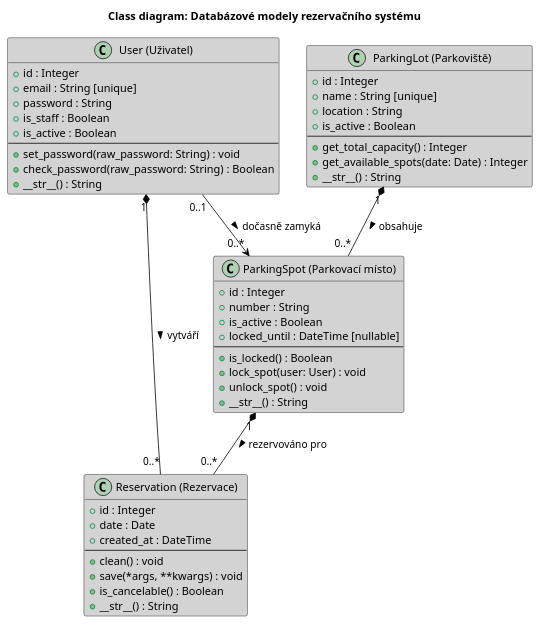
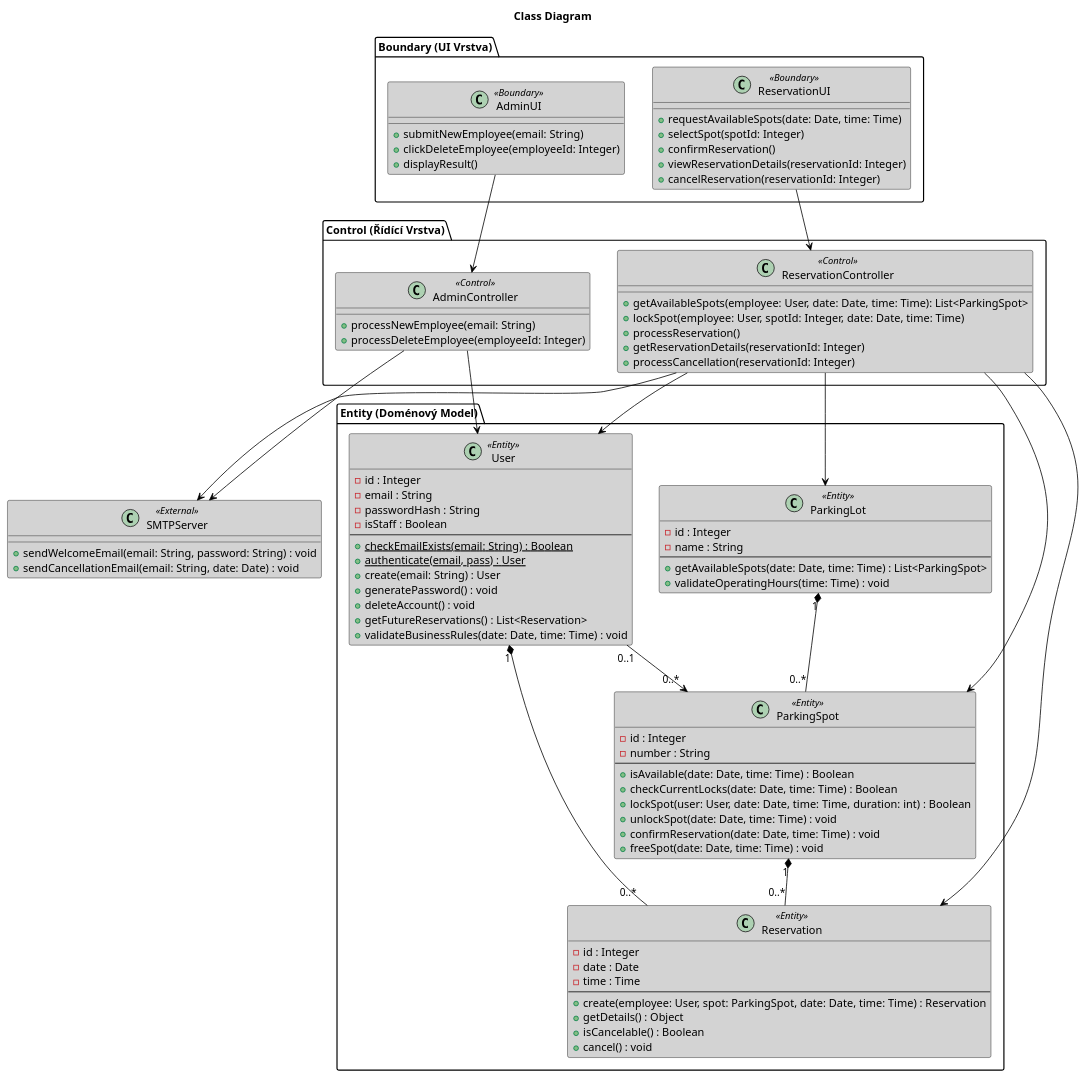
One commit to AidenCze/SWI-Project changed the diagram in docs/diagramy/class.puml. Above: the diagram before and after it, drawn with PlantUML. The commit also changed 7 other files, not shown here.

Commit message:
Refactor sequence diagrams and remove obsolete login diagram

```diff
--- a/docs/diagramy/class.puml
+++ b/docs/diagramy/class.puml
@@ -1,67 +1,114 @@
 @startuml
-title Class diagram: Databázové modely rezervačního systému
+title Class Diagram
 
 skinparam class {
     BackgroundColor LightGray
     ArrowColor Black
     BorderColor Black
 }
 
 hide empty methods
 
-class "User (Uživatel)" as User {
-    + id : Integer
-    + email : String [unique]
-    + password : String
-    + is_staff : Boolean
-    + is_active : Boolean
-    ---
-    + set_password(raw_password: String) : void
-    + check_password(raw_password: String) : Boolean
-    + __str__() : String
+package "Boundary (UI Vrstva)" {
+    class "AdminUI" as AdminUI <<Boundary>> {
+        + submitNewEmployee(email: String)
+        + clickDeleteEmployee(employeeId: Integer)
+        + displayResult()
+    }
+    
+    class "ReservationUI" as ResUI <<Boundary>> {
+        + requestAvailableSpots(date: Date, time: Time)
+        + selectSpot(spotId: Integer)
+        + confirmReservation()
+        + viewReservationDetails(reservationId: Integer)
+        + cancelReservation(reservationId: Integer)
+    }
 }
 
-class "ParkingLot (Parkoviště)" as Lot {
-    + id : Integer
-    + name : String [unique]
-    + location : String
-    + is_active : Boolean
-    ---
-    + get_total_capacity() : Integer
-    + get_available_spots(date: Date) : Integer
-    + __str__() : String
+package "Control (Řídící Vrstva)" {
+    class "AdminController" as AdminCtrl <<Control>> {
+        + processNewEmployee(email: String)
+        + processDeleteEmployee(employeeId: Integer)
+    }
+    
+    class "ReservationController" as ResCtrl <<Control>> {
+        + getAvailableSpots(employee: User, date: Date, time: Time): List<ParkingSpot>
+        + lockSpot(employee: User, spotId: Integer, date: Date, time: Time)
+        + processReservation()
+        + getReservationDetails(reservationId: Integer)
+        + processCancellation(reservationId: Integer)
+    }
 }
 
-class "ParkingSpot (Parkovací místo)" as Spot {
-    + id : Integer
-    + number : String
-    + is_active : Boolean
-    + locked_until : DateTime [nullable]
-    ---
-    + is_locked() : Boolean
-    + lock_spot(user: User) : void
-    + unlock_spot() : void
-    + __str__() : String
+package "Entity (Doménový Model)" {
+    class "User" as User <<Entity>> {
+        - id : Integer
+        - email : String
+        - passwordHash : String
+        - isStaff : Boolean
+        ---
+        + {static} checkEmailExists(email: String) : Boolean
+        + {static} authenticate(email, pass) : User
+        + create(email: String) : User
+        + generatePassword() : void
+        + deleteAccount() : void
+        + getFutureReservations() : List<Reservation>
+        + validateBusinessRules(date: Date, time: Time) : void
+    }
+
+    class "ParkingLot" as Lot <<Entity>> {
+        - id : Integer
+        - name : String
+        ---
+        + getAvailableSpots(date: Date, time: Time) : List<ParkingSpot>
+        + validateOperatingHours(time: Time) : void
+    }
+
+    class "ParkingSpot" as Spot <<Entity>> {
+        - id : Integer
+        - number : String
+        ---
+        + isAvailable(date: Date, time: Time) : Boolean
+        + checkCurrentLocks(date: Date, time: Time) : Boolean
+        + lockSpot(user: User, date: Date, time: Time, duration: int) : Boolean
+        + unlockSpot(date: Date, time: Time) : void
+        + confirmReservation(date: Date, time: Time) : void
+        + freeSpot(date: Date, time: Time) : void
+    }
+
+    class "Reservation" as Res <<Entity>> {
+        - id : Integer
+        - date : Date
+        - time : Time
+        ---
+        + create(employee: User, spot: ParkingSpot, date: Date, time: Time) : Reservation
+        + getDetails() : Object
+        + isCancelable() : Boolean
+        + cancel() : void
+    }
 }
 
-class "Reservation (Rezervace)" as Res {
-    + id : Integer
-    + date : Date
-    + created_at : DateTime
-    ---
-    + clean() : void
-    + save(*args, **kwargs) : void
-    + is_cancelable() : Boolean
-    + __str__() : String
+class "SMTPServer" as SMTP <<External>> {
+    + sendWelcomeEmail(email: String, password: String) : void
+    + sendCancellationEmail(email: String, date: Date) : void
 }
 
-' Relace (vztahy) s využitím správné UML notace
-' Kompozice (plný kosočtverec) = CASCADE delete v Djangu
-Lot "1" *-- "0..*" Spot : "obsahuje >"
-User "1" *-- "0..*" Res : "vytváří >"
-Spot "1" *-- "0..*" Res : "rezervováno pro >"
+' Propojení architektonických vrstev
+AdminUI --> AdminCtrl
+ResUI --> ResCtrl
 
-' Směrovaná asociace (otevřená šipka) = Dočasný volný vztah
-User "0..1" --> "0..*" Spot : "dočasně zamyká >"
+AdminCtrl --> User
+AdminCtrl --> SMTP
 
+ResCtrl --> Lot
+ResCtrl --> Spot
+ResCtrl --> Res
+ResCtrl --> User
+ResCtrl --> SMTP
+
+' Datové a doménové vztahy (s UML notací kompozice)
+Lot "1" *-- "0..*" Spot
+User "1" *-- "0..*" Res
+Spot "1" *-- "0..*" Res
+User "0..1" --> "0..*" Spot
 @enduml
```
